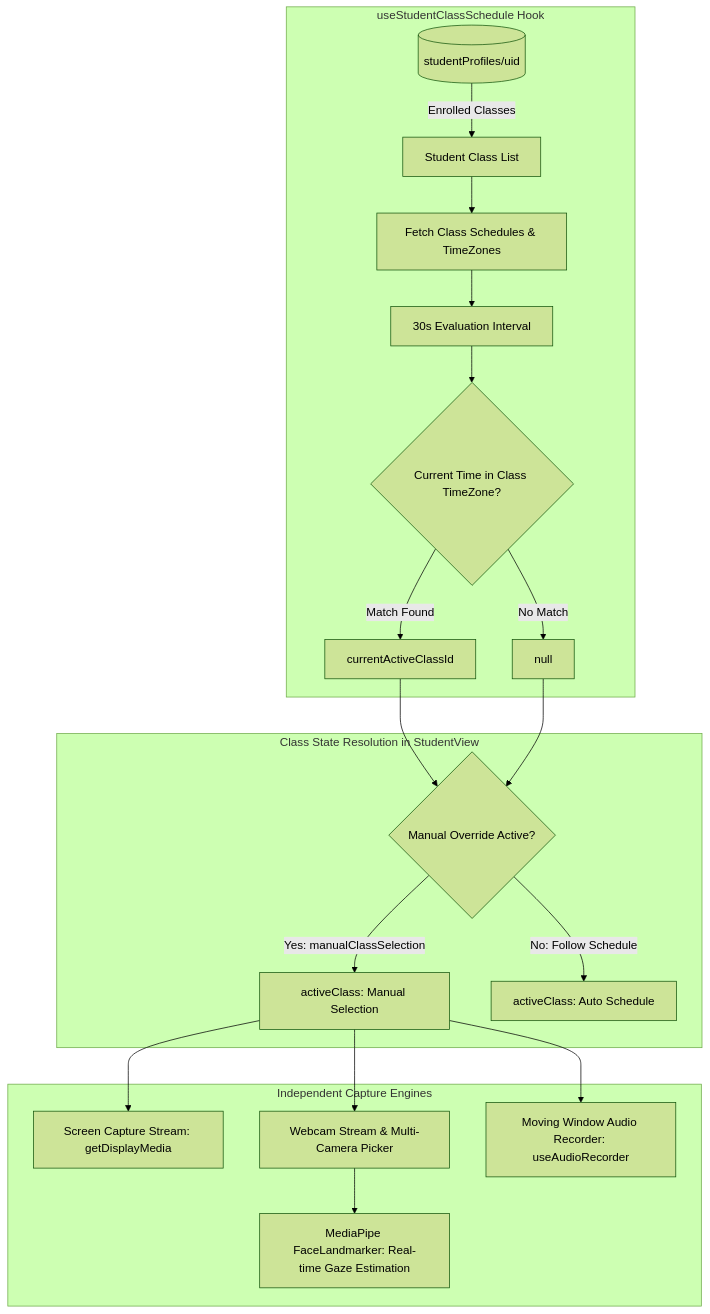
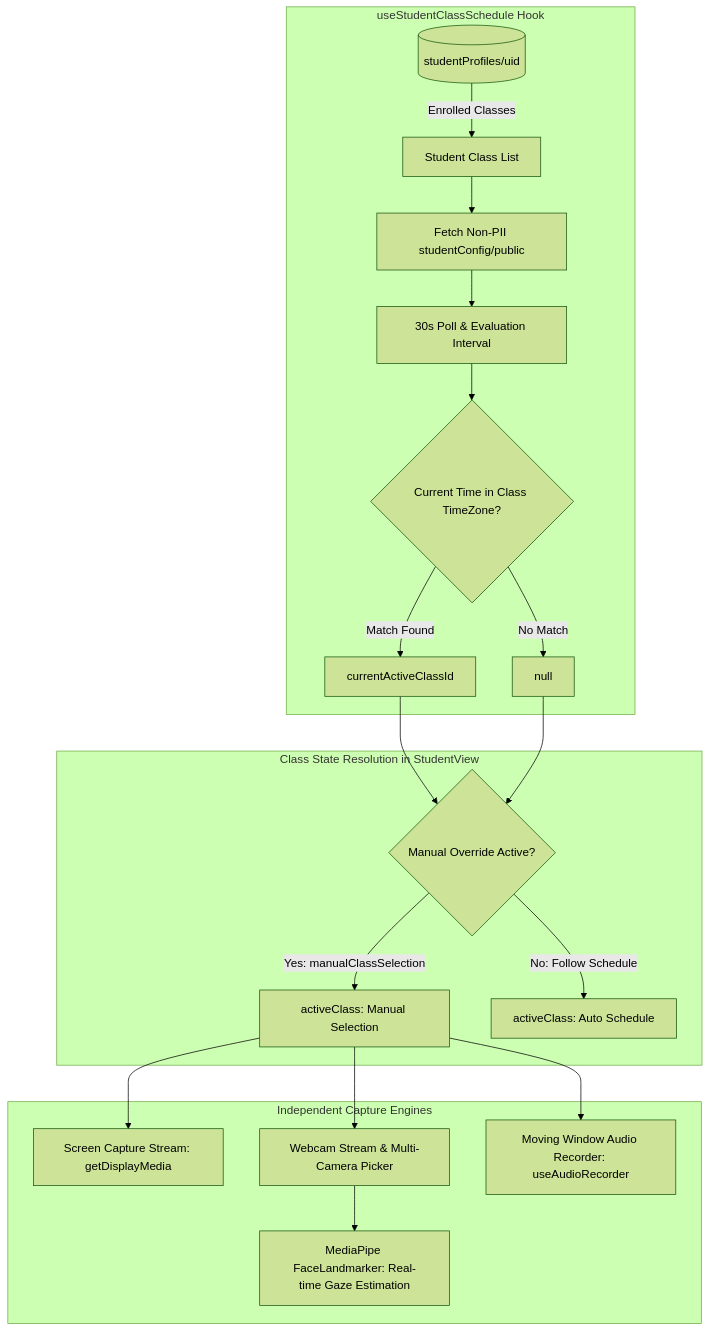
The diagram in docs/student-view-logic.md (wongcyrus/Google-AI-Classroom), drawn with Mermaid (forest theme) before and after one commit. The commit also changed other lines of this file and 52 other files, not shown here.

Commit message:
feat(security,ui,tests): PII isolation shadow config, broadcast studio UX, student sidebar & transcript-only audio view, and test coverage

````diff
--- a/docs/student-view-logic.md
+++ b/docs/student-view-logic.md
@@ -27,25 +27,25 @@
 ```mermaid
 flowchart TD
     subgraph ScheduleEngine [useStudentClassSchedule Hook]
         SP[(studentProfiles/uid)] -->|Enrolled Classes| SL[Student Class List]
-        SL --> FetchSched[Fetch Class Schedules & TimeZones]
-        FetchSched --> Poller[30s Evaluation Interval]
+        SL --> FetchSched[Fetch Non-PII studentConfig/public]
+        FetchSched --> Poller[30s Poll & Evaluation Interval]
         Poller --> TZCheck{Current Time in Class TimeZone?}
         TZCheck -->|Match Found| AutoClass[currentActiveClassId]
         TZCheck -->|No Match| NullClass[null]
     end
 
     subgraph StateResolution [Class State Resolution in StudentView]
         AutoClass --> Resolver{Manual Override Active?}
         NullClass --> Resolver
         Resolver -->|Yes: manualClassSelection| ActiveClass[activeClass: Manual Selection]
         Resolver -->|No: Follow Schedule| ActiveClassAuto[activeClass: Auto Schedule]
     end
 
     subgraph CapturePipelines [Independent Capture Engines]
         ActiveClass --> ScreenEngine[Screen Capture Stream: getDisplayMedia]
         ActiveClass --> CamEngine[Webcam Stream & Multi-Camera Picker]
         ActiveClass --> AudioEngine[Moving Window Audio Recorder: useAudioRecorder]
         CamEngine --> MP[MediaPipe FaceLandmarker: Real-time Gaze Estimation]
     end
 ```
````
